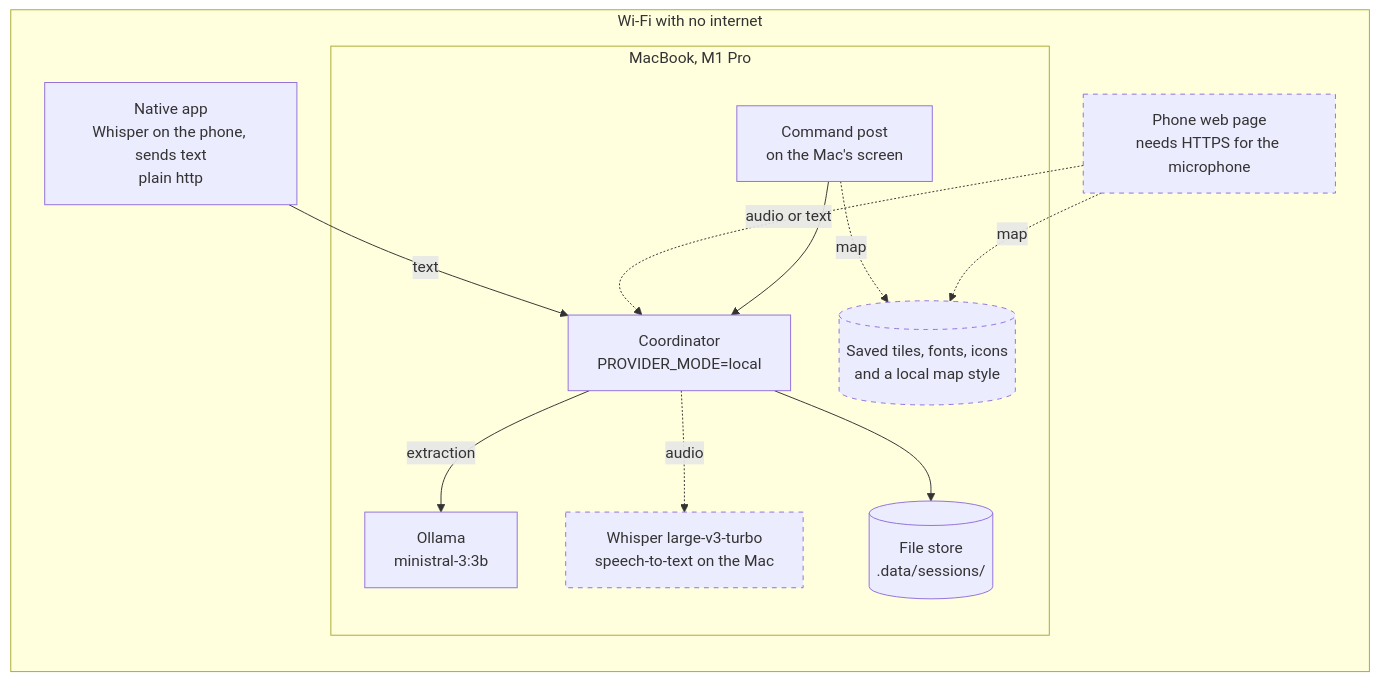
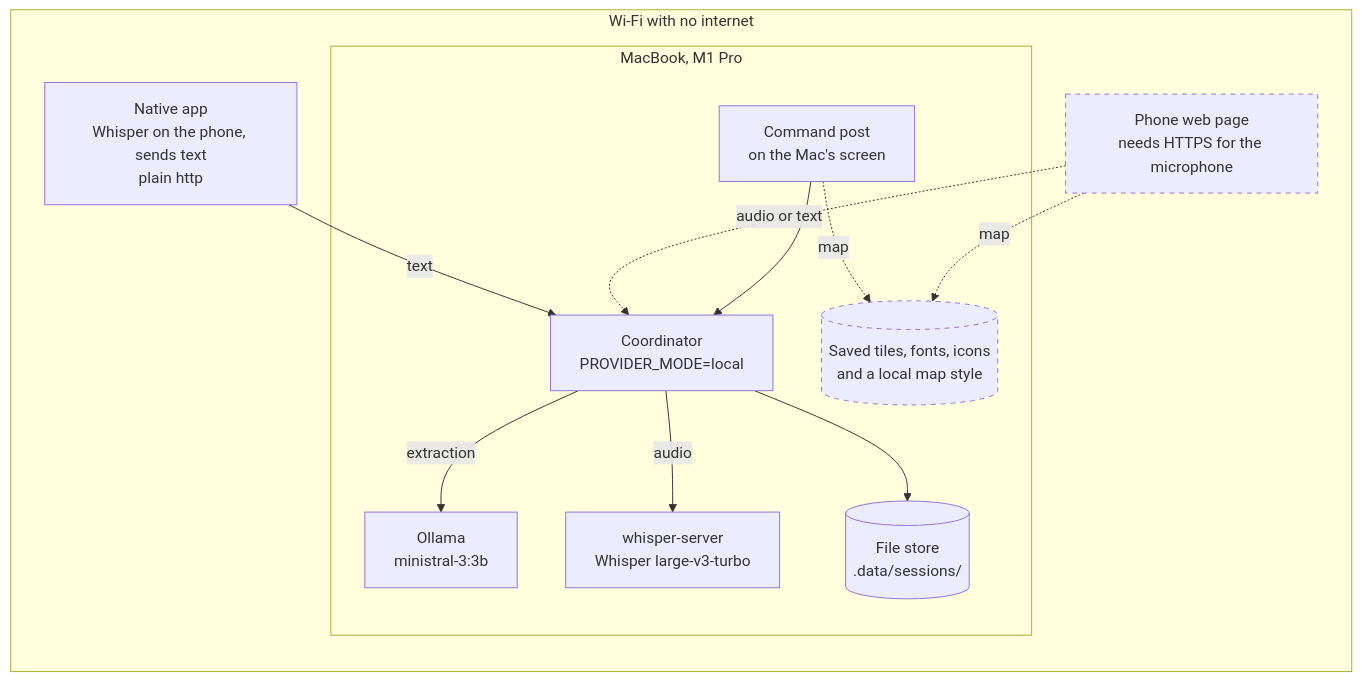
The fifth of 5 diagrams in docs/plan.md (adam2765/edth-hackathon), drawn with Mermaid before and after one commit. The commit also changed other lines of this file and 17 other files, not shown here.

First line of the commit message:
Offline mode: speech-to-text on the coordinator through whisper-server

````diff
--- a/docs/plan.md
+++ b/docs/plan.md
@@ -272,26 +272,26 @@
 ```mermaid
 flowchart LR
     subgraph NET["Wi-Fi with no internet"]
         NAT["Native app<br/>Whisper on the phone, sends text<br/>plain http"]
         WEB["Phone web page<br/>needs HTTPS for the microphone"]:::todo
         subgraph MAC["MacBook, M1 Pro"]
             CO["Coordinator<br/>PROVIDER_MODE=local"]
             OLL["Ollama<br/>ministral-3:3b"]
-            WHS["Whisper large-v3-turbo<br/>speech-to-text on the Mac"]:::todo
+            WHS["whisper-server<br/>Whisper large-v3-turbo"]
             ST[("File store<br/>.data/sessions/")]
             RX["Command post<br/>on the Mac's screen"]
             TILES[("Saved tiles, fonts, icons<br/>and a local map style")]:::todo
         end
     end
 
     NAT -- "text" --> CO
     WEB -. "audio or text" .-> CO
     CO -- "extraction" --> OLL
-    CO -. "audio" .-> WHS
+    CO -- "audio" --> WHS
     CO --> ST
     RX --> CO
     RX -. "map" .-> TILES
     WEB -. "map" .-> TILES
 
     classDef todo stroke-dasharray: 5 5
 ```
````
